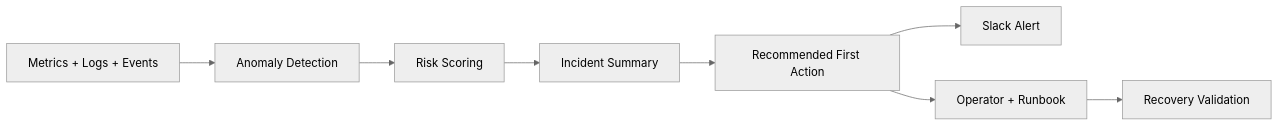
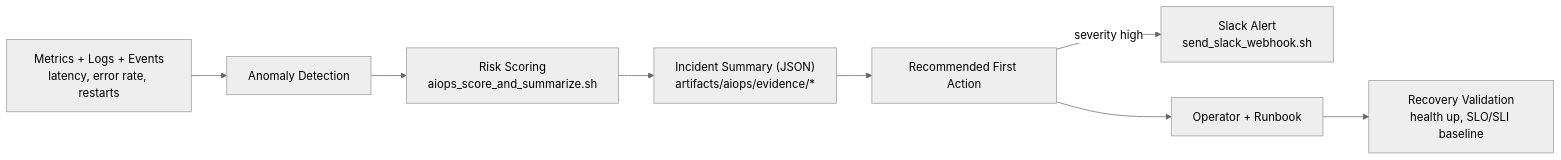
One commit to Here2ServeU/express-reliability-platform-course changed the diagram in express-reliability-platform-v08/README.md. Above: the diagram before and after it, drawn with Mermaid (neutral theme). The commit also changed other lines of this file and 20 other files, not shown here.

````diff
--- a/express-reliability-platform-v08/README.md
+++ b/express-reliability-platform-v08/README.md
@@ -75,10 +97,10 @@
 ```mermaid
 flowchart LR
-    Signals[Metrics + Logs + Events] --> Detect[Anomaly Detection]
-    Detect --> Score[Risk Scoring]
-    Score --> Summary[Incident Summary]
+    Signals[Metrics + Logs + Events<br/>latency, error rate, restarts] --> Detect[Anomaly Detection]
+    Detect --> Score["Risk Scoring<br/>aiops_score_and_summarize.sh"]
+    Score --> Summary["Incident Summary (JSON)<br/>artifacts/aiops/evidence/*"]
     Summary --> Action[Recommended First Action]
-    Action --> Slack[Slack Alert]
+    Action -->|severity high| Slack["Slack Alert<br/>send_slack_webhook.sh"]
     Action --> Ops[Operator + Runbook]
-    Ops --> Validate[Recovery Validation]
+    Ops --> Validate[Recovery Validation<br/>health up, SLO/SLI baseline]
 ```
````
